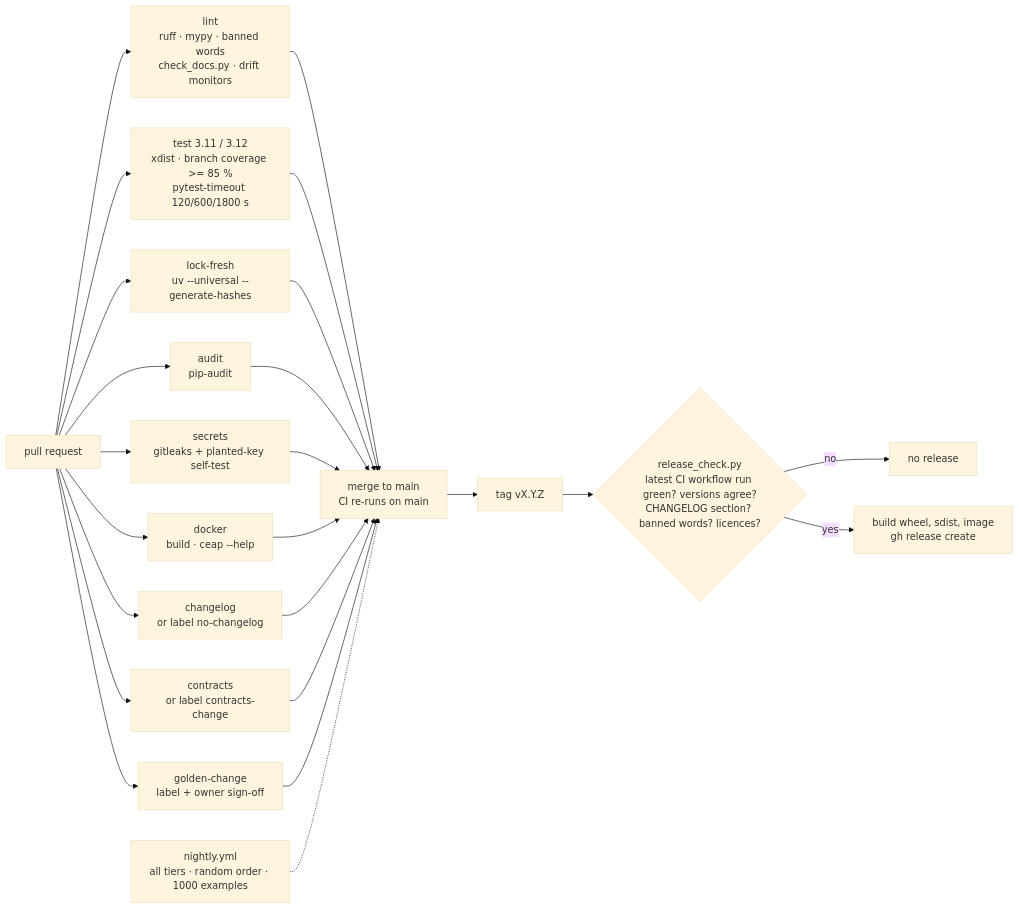
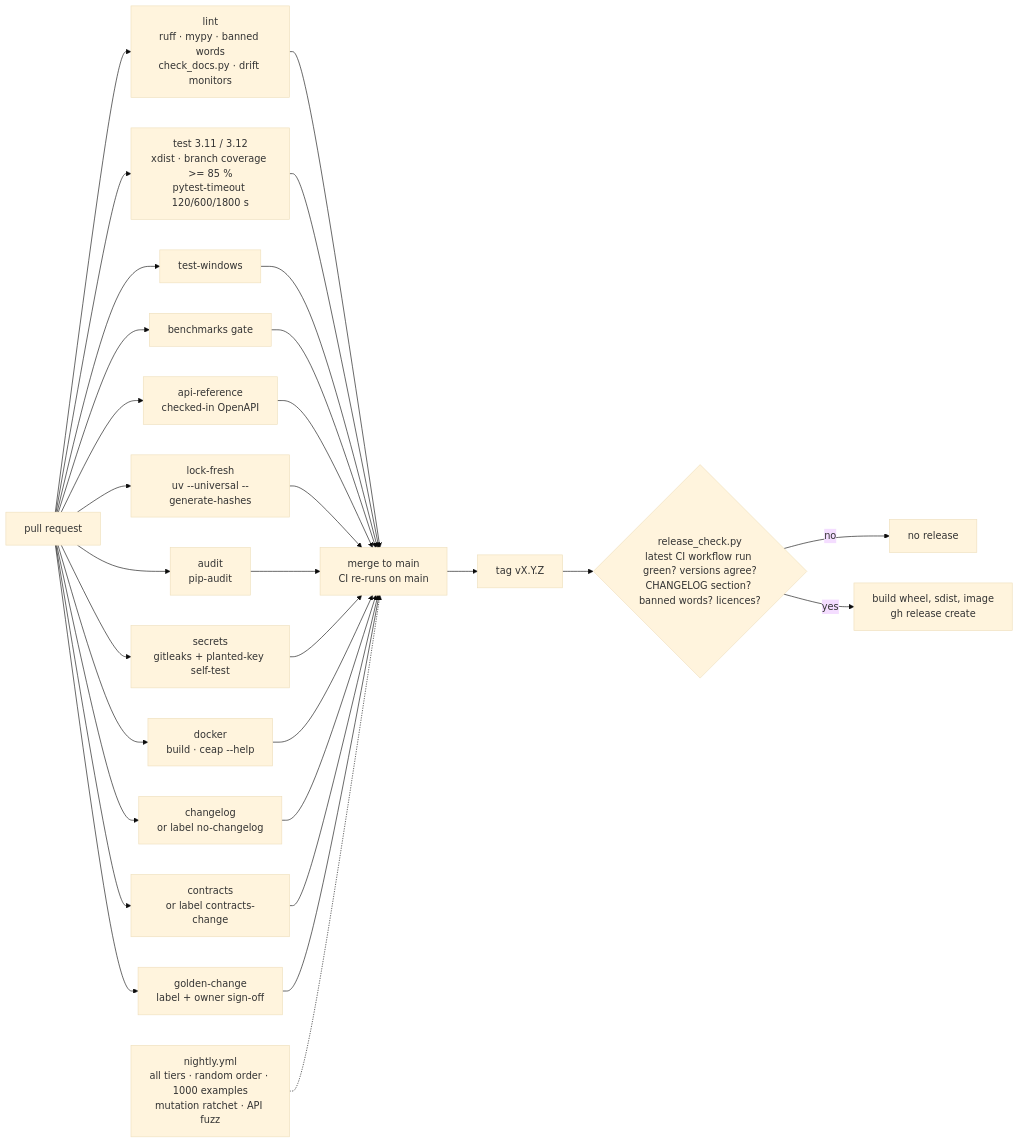
Before and after one commit to AshJha0/AgenticAICashEquities: the tenth of 20 diagrams in docs/DIAGRAMS.md, drawn with Mermaid (base theme). The commit also changed other lines of this file and 9 other files, not shown here.

Commit message:
docs(0.9.0): audit lane A - fix tool counts, state graph, policy order, package graph; add hybrid RAG, judge gate, E1 diagrams

````diff
--- a/docs/DIAGRAMS.md
+++ b/docs/DIAGRAMS.md
@@ -326,18 +339,21 @@
 ```mermaid
 flowchart LR
     PR["pull request"] --> L["lint<br/>ruff · mypy · banned words<br/>check_docs.py · drift monitors"]
+    PR --> W["test-windows"]
+    PR --> BM["benchmarks gate"]
+    PR --> AR["api-reference<br/>checked-in OpenAPI"]
     PR --> T["test 3.11 / 3.12<br/>xdist · branch coverage >= 85 %<br/>pytest-timeout 120/600/1800 s"]
     PR --> LF["lock-fresh<br/>uv --universal --generate-hashes"]
     PR --> A["audit<br/>pip-audit"]
     PR --> S["secrets<br/>gitleaks + planted-key self-test"]
     PR --> D["docker<br/>build · ceap --help"]
     PR --> C["changelog<br/>or label no-changelog"]
     PR --> K["contracts<br/>or label contracts-change"]
     PR --> GC["golden-change<br/>label + owner sign-off"]
-    L & T & LF & A & S & D & C & K & GC --> M["merge to main<br/>CI re-runs on main"]
+    L & T & W & BM & AR & LF & A & S & D & C & K & GC --> M["merge to main<br/>CI re-runs on main"]
     M --> TAG["tag vX.Y.Z"]
     TAG --> G{"release_check.py<br/>latest CI workflow run green? versions agree?<br/>CHANGELOG section? banned words? licences?"}
     G -- no --> X["no release"]
     G -- yes --> P["build wheel, sdist, image<br/>gh release create"]
-    N["nightly.yml<br/>all tiers · random order · 1000 examples"] -.-> M
+    N["nightly.yml<br/>all tiers · random order · 1000 examples<br/>mutation ratchet · API fuzz"] -.-> M
 ```
````
